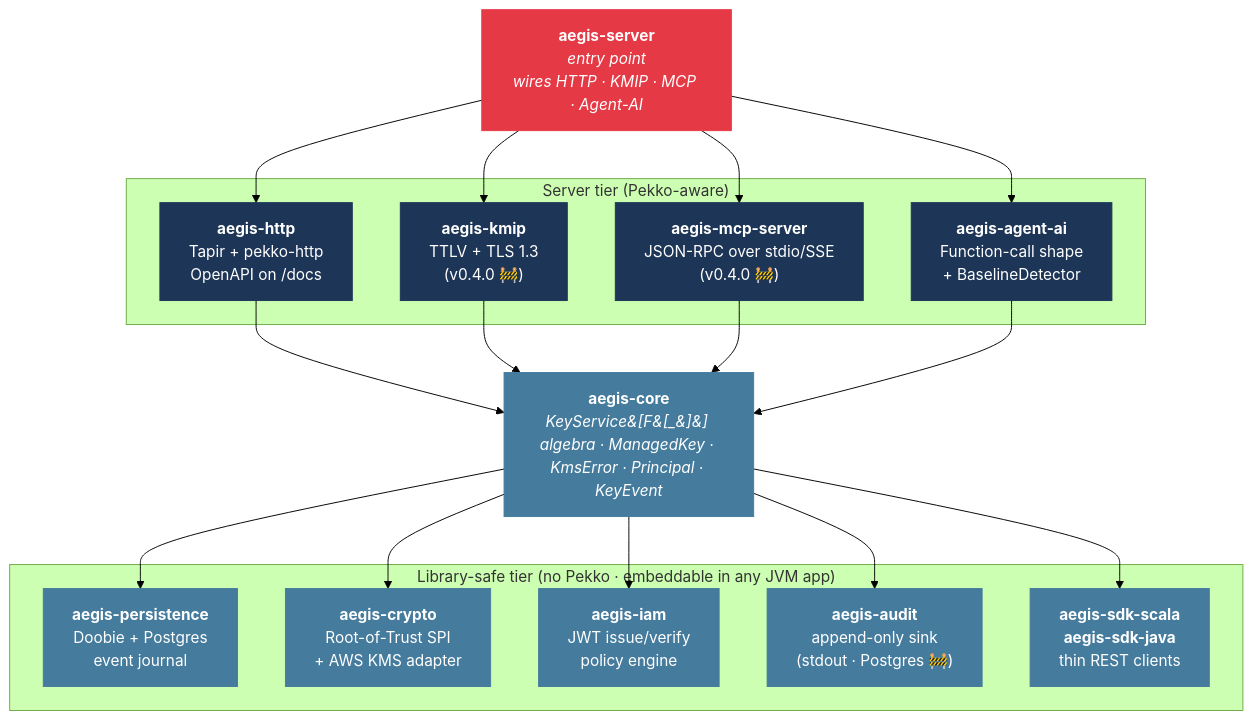
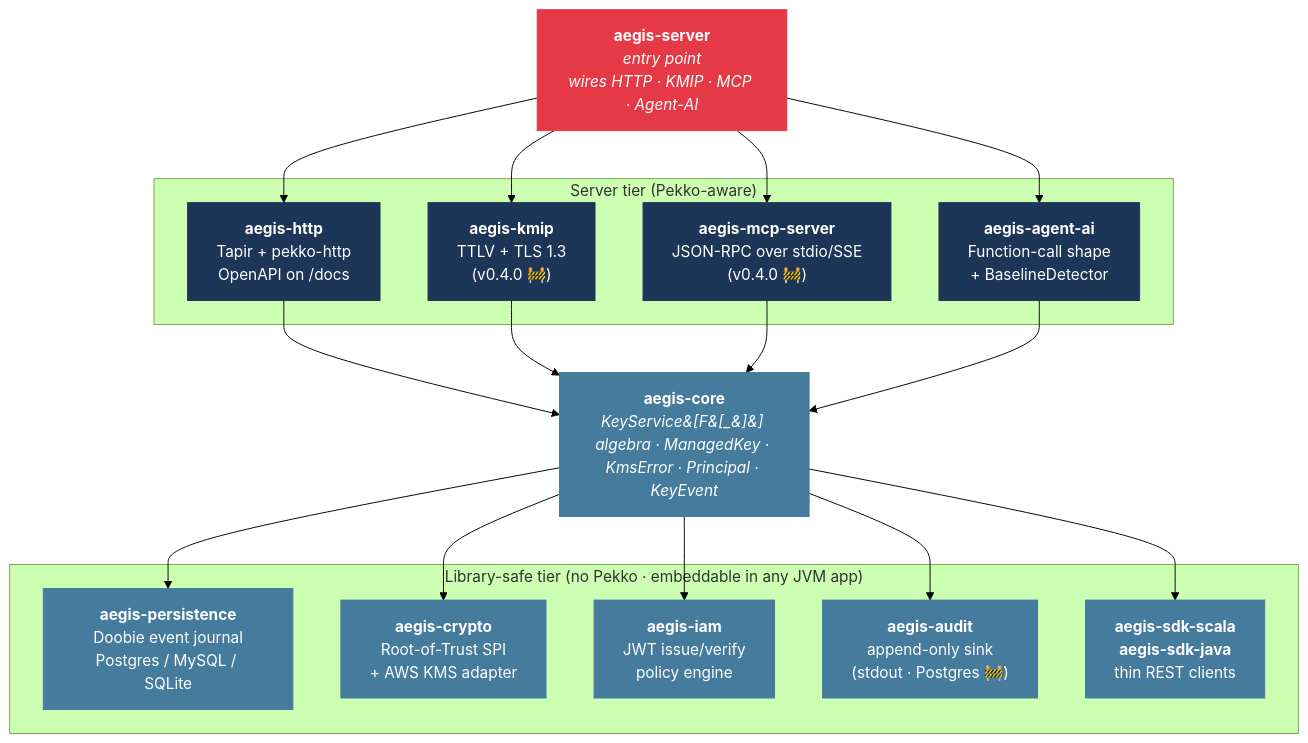
Before and after one commit to sharma-bhaskar/aegis-kms: the first of 5 diagrams in docs/ARCHITECTURE.md, drawn with Mermaid (forest theme). The commit also changed other lines of this file and 17 other files, not shown here.

First line of the commit message:
feat(persistence+server): MySQL + SQLite event journals (closes #49, closes #50) (#86)

````diff
--- a/docs/ARCHITECTURE.md
+++ b/docs/ARCHITECTURE.md
@@ -11,39 +11,39 @@
 ```mermaid
 flowchart TD
     classDef server   fill:#1d3557,stroke:#1d3557,color:#fff
     classDef library  fill:#457b9d,stroke:#457b9d,color:#fff
     classDef boot     fill:#e63946,stroke:#e63946,color:#fff
 
     boot["<b>aegis-server</b><br/><i>entry point<br/>wires HTTP · KMIP · MCP · Agent-AI</i>"]:::boot
 
     subgraph ServerTier["Server tier (Pekko-aware)"]
         http["<b>aegis-http</b><br/>Tapir + pekko-http<br/>OpenAPI on /docs"]:::server
         kmip["<b>aegis-kmip</b><br/>TTLV + TLS 1.3<br/>(v0.4.0 🚧)"]:::server
         mcp["<b>aegis-mcp-server</b><br/>JSON-RPC over stdio/SSE<br/>(v0.4.0 🚧)"]:::server
         agent["<b>aegis-agent-ai</b><br/>Function-call shape<br/>+ BaselineDetector"]:::server
     end
 
     core["<b>aegis-core</b><br/><i>KeyService&#91;F&#91;_&#93;&#93; algebra · ManagedKey · KmsError · Principal · KeyEvent</i>"]:::library
 
     subgraph LibraryTier["Library-safe tier (no Pekko · embeddable in any JVM app)"]
-        persistence["<b>aegis-persistence</b><br/>Doobie + Postgres<br/>event journal"]:::library
+        persistence["<b>aegis-persistence</b><br/>Doobie event journal<br/>Postgres / MySQL / SQLite"]:::library
         crypto["<b>aegis-crypto</b><br/>Root-of-Trust SPI<br/>+ AWS KMS adapter"]:::library
         iam["<b>aegis-iam</b><br/>JWT issue/verify<br/>policy engine"]:::library
         audit["<b>aegis-audit</b><br/>append-only sink<br/>(stdout · Postgres 🚧)"]:::library
         sdks["<b>aegis-sdk-scala</b><br/><b>aegis-sdk-java</b><br/>thin REST clients"]:::library
     end
 
     boot --> http
     boot --> kmip
     boot --> mcp
     boot --> agent
     http --> core
     kmip --> core
     mcp --> core
     agent --> core
     core --> persistence
     core --> crypto
     core --> iam
     core --> audit
     core --> sdks
 ```
````
